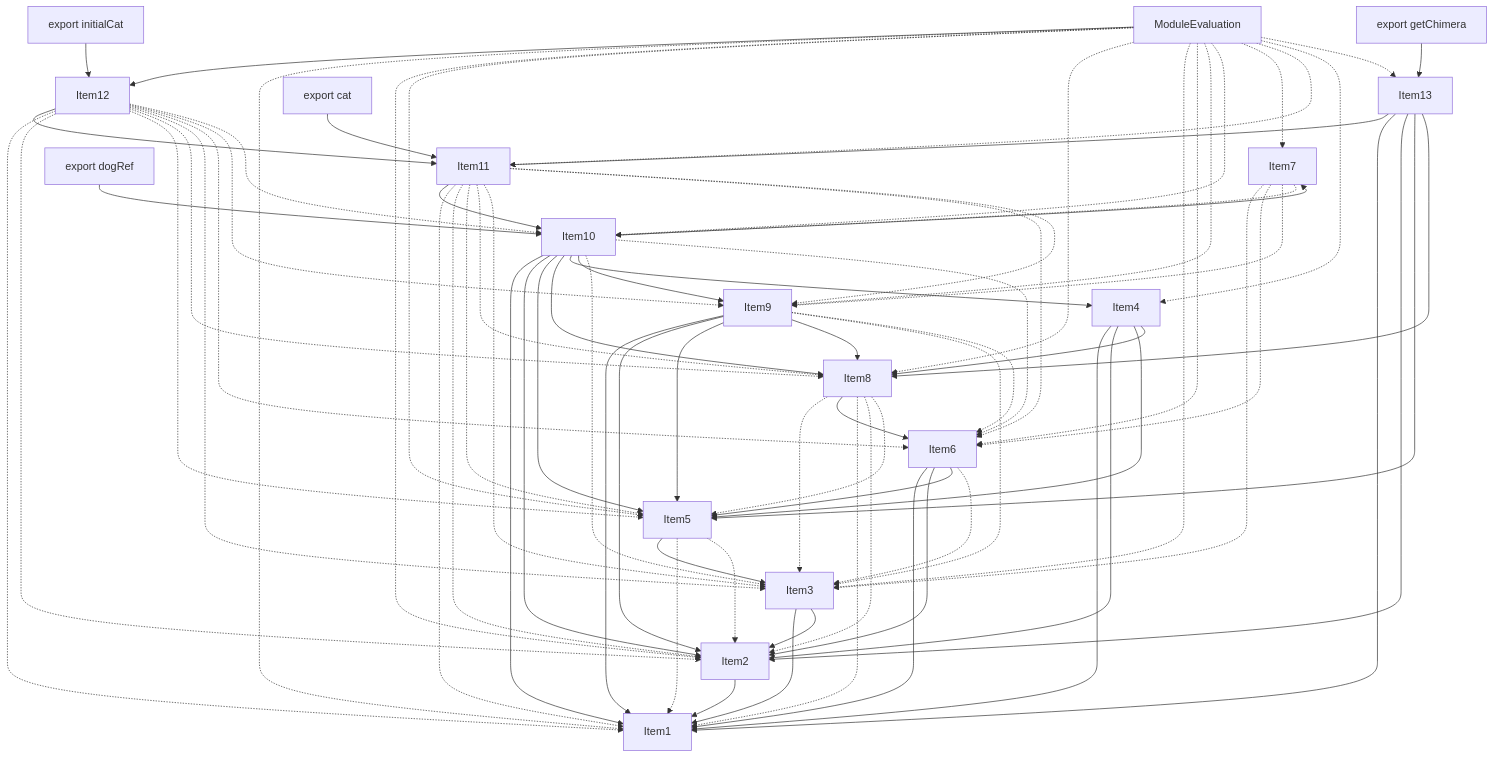
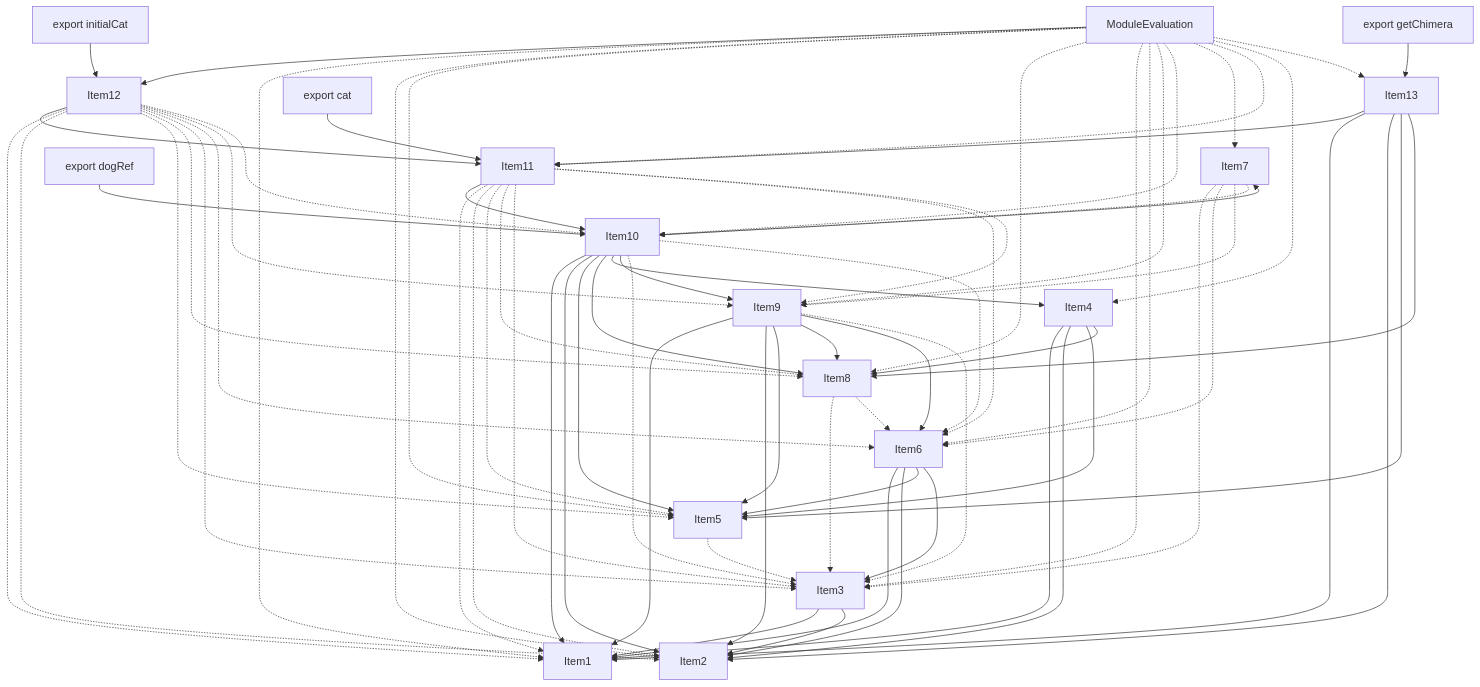
The fourth of 4 diagrams in crates/turbopack-ecmascript/tests/tree-shaker/analyzer/complex/output.md (vercel/turborepo), drawn with Mermaid before and after one commit. The commit also changed other lines of this file and 2 other files, not shown here.

```diff
--- a/crates/turbopack-ecmascript/tests/tree-shaker/analyzer/complex/output.md
+++ b/crates/turbopack-ecmascript/tests/tree-shaker/analyzer/complex/output.md
@@ -360,27 +345,21 @@
     Item17["export initialCat"];
     Item18;
     Item18["export getChimera"];
-    Item2 --> Item1;
     Item3 --> Item1;
     Item3 --> Item2;
-    Item5 --> Item3;
-    Item5 -.-> Item1;
-    Item5 -.-> Item2;
+    Item5 -.-> Item3;
     Item6 --> Item1;
     Item6 --> Item2;
     Item6 --> Item5;
-    Item6 -.-> Item3;
+    Item6 --> Item3;
     Item8 -.-> Item3;
-    Item8 --> Item6;
-    Item8 -.-> Item1;
-    Item8 -.-> Item2;
-    Item8 -.-> Item5;
+    Item8 -.-> Item6;
     Item9 --> Item1;
     Item9 --> Item2;
     Item9 --> Item5;
     Item9 --> Item8;
+    Item9 --> Item6;
     Item9 -.-> Item3;
-    Item9 -.-> Item6;
     Item10 --> Item1;
     Item10 --> Item2;
     Item10 --> Item5;
```
